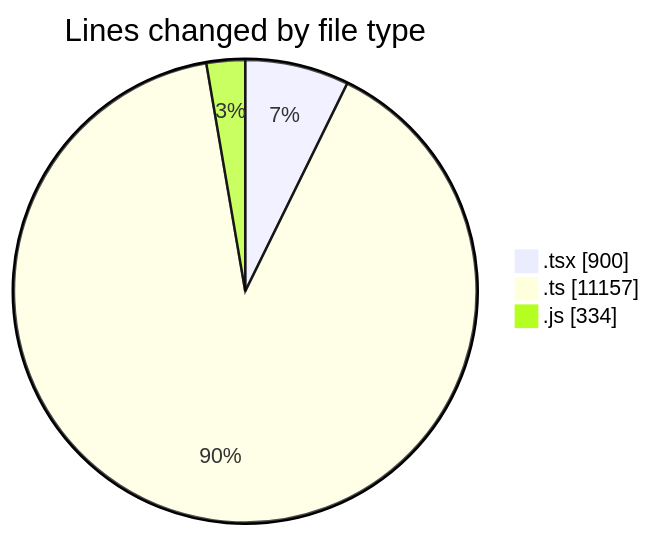
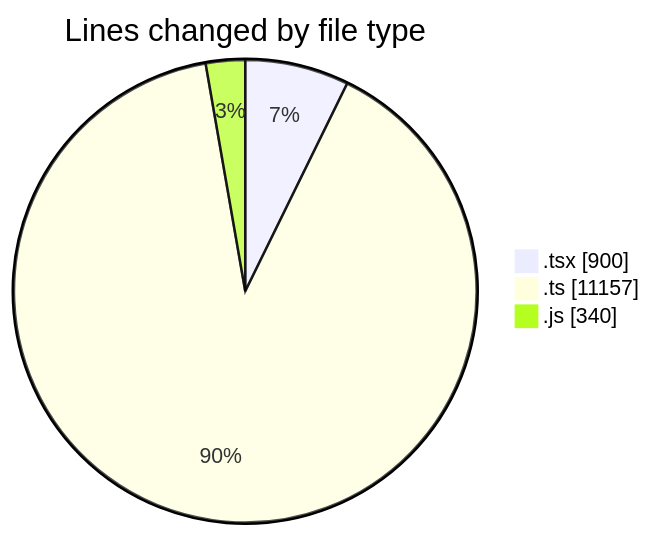
The first of 2 diagrams in 2025-11-26/cda/README.md (momahboobian/code-tracking), drawn with Mermaid before and after one commit. The commit also changed other lines of this file and 1 other file, not shown here.

````diff
--- a/2025-11-26/cda/README.md
+++ b/2025-11-26/cda/README.md
@@ -25,7 +25,7 @@
 ```mermaid
 pie showData
 title Lines changed by file type
 ".tsx" : 900
 ".ts" : 11157
-".js" : 334
+".js" : 340
 ```
````
